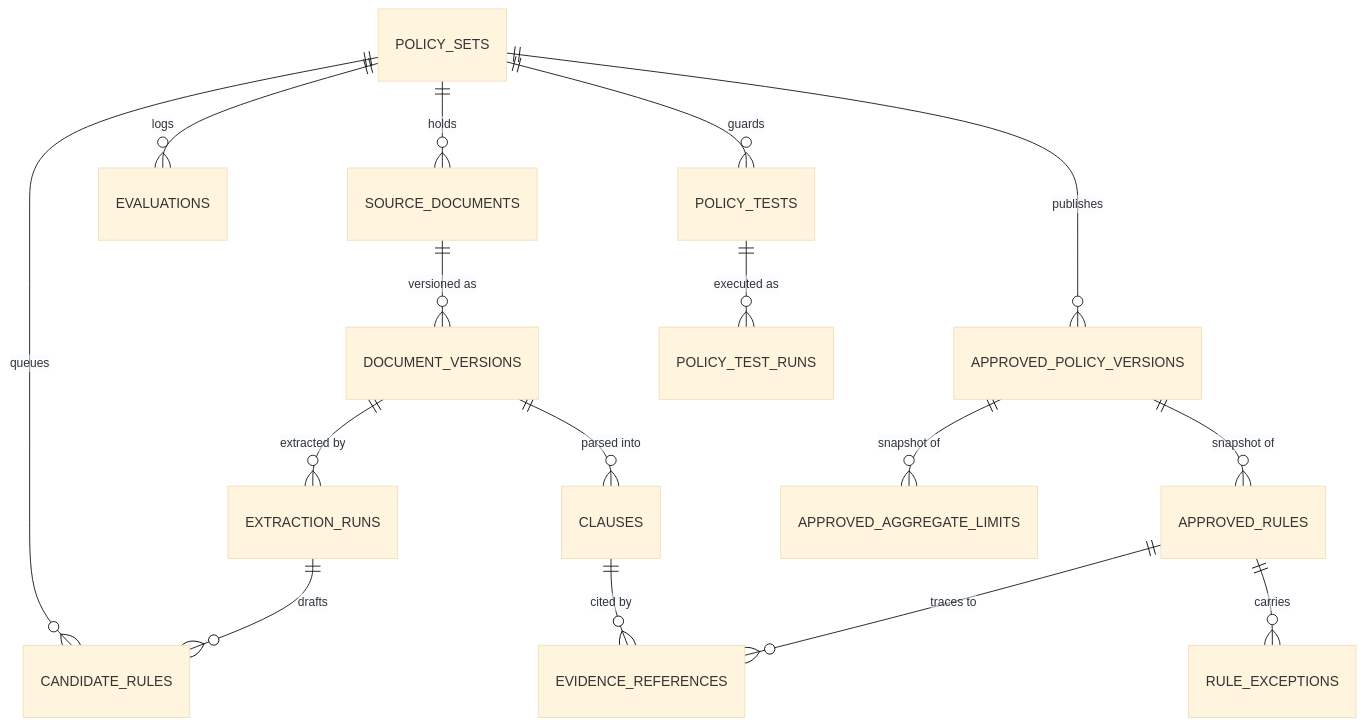
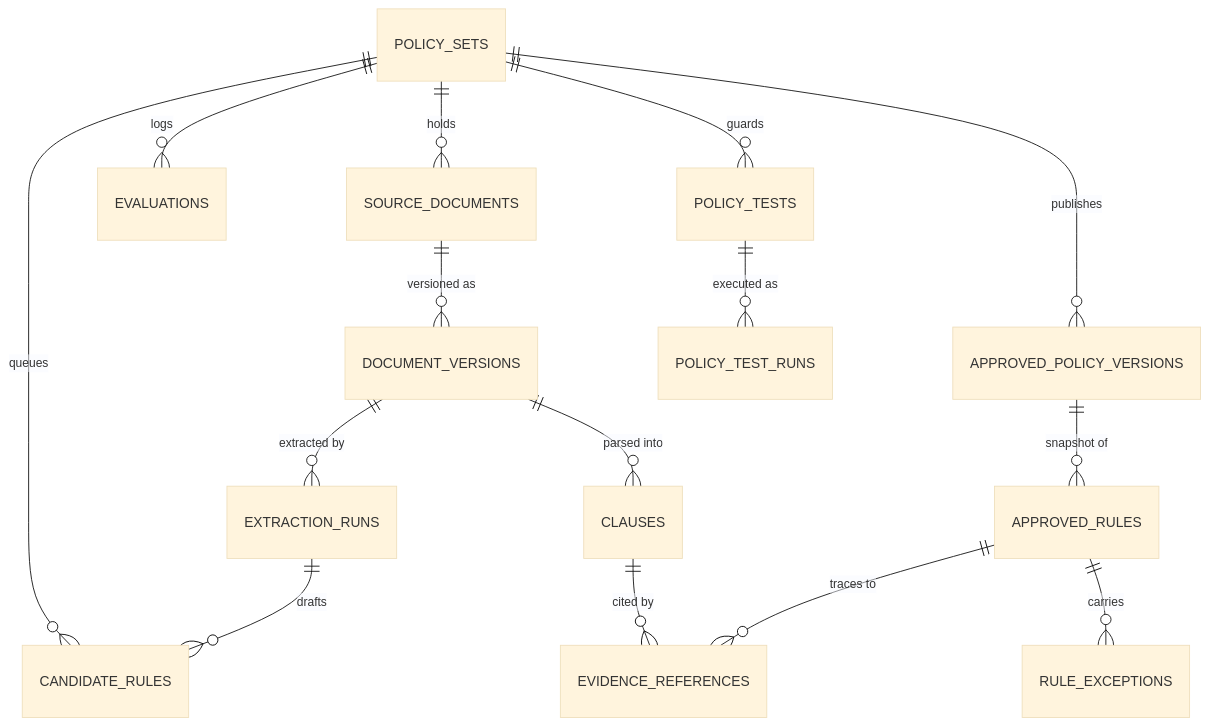
The diagram in docs/data-model.md (taomar/policy-governance-engine), drawn with Mermaid (base theme) before and after one commit. The commit also changed other lines of this file, not shown here.

First line of the commit message:
docs(data-model): remove retired aggregate-limit tables, 29 -> 27

````diff
--- a/docs/data-model.md
+++ b/docs/data-model.md
@@ -10,18 +10,17 @@
 ```mermaid
 erDiagram
     POLICY_SETS ||--o{ SOURCE_DOCUMENTS : "holds"
     SOURCE_DOCUMENTS ||--o{ DOCUMENT_VERSIONS : "versioned as"
     DOCUMENT_VERSIONS ||--o{ CLAUSES : "parsed into"
     DOCUMENT_VERSIONS ||--o{ EXTRACTION_RUNS : "extracted by"
     EXTRACTION_RUNS ||--o{ CANDIDATE_RULES : "drafts"
     POLICY_SETS ||--o{ CANDIDATE_RULES : "queues"
     POLICY_SETS ||--o{ APPROVED_POLICY_VERSIONS : "publishes"
     APPROVED_POLICY_VERSIONS ||--o{ APPROVED_RULES : "snapshot of"
-    APPROVED_POLICY_VERSIONS ||--o{ APPROVED_AGGREGATE_LIMITS : "snapshot of"
     APPROVED_RULES ||--o{ RULE_EXCEPTIONS : "carries"
     APPROVED_RULES ||--o{ EVIDENCE_REFERENCES : "traces to"
     CLAUSES ||--o{ EVIDENCE_REFERENCES : "cited by"
     POLICY_SETS ||--o{ EVALUATIONS : "logs"
     POLICY_SETS ||--o{ POLICY_TESTS : "guards"
     POLICY_TESTS ||--o{ POLICY_TEST_RUNS : "executed as"
 ```
````
